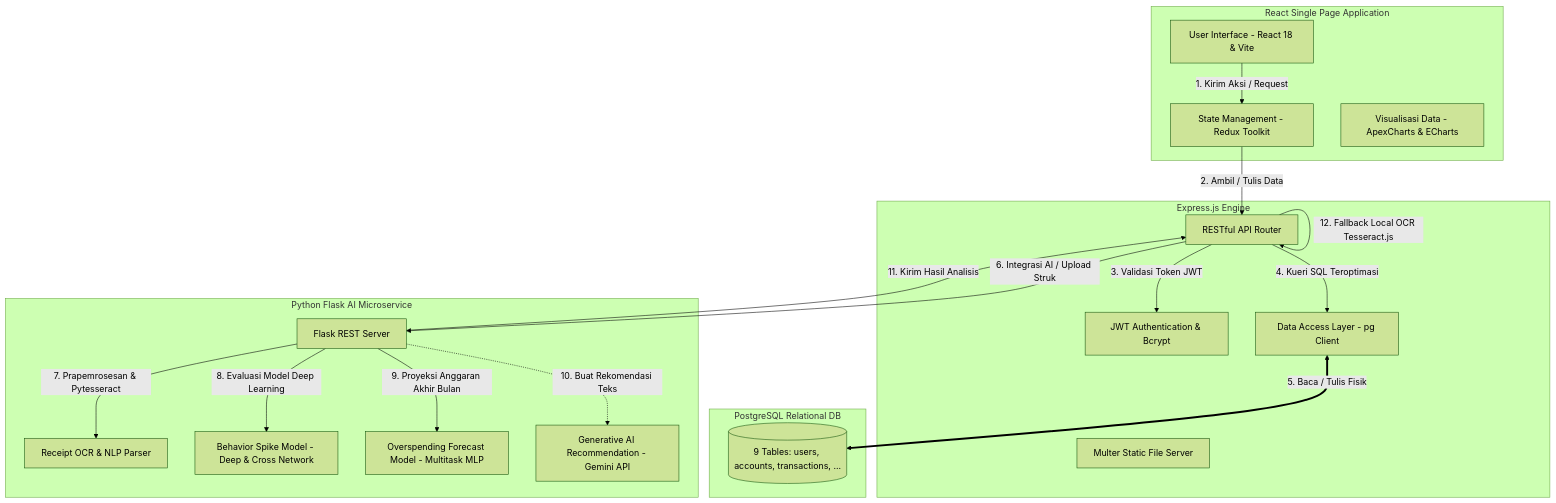
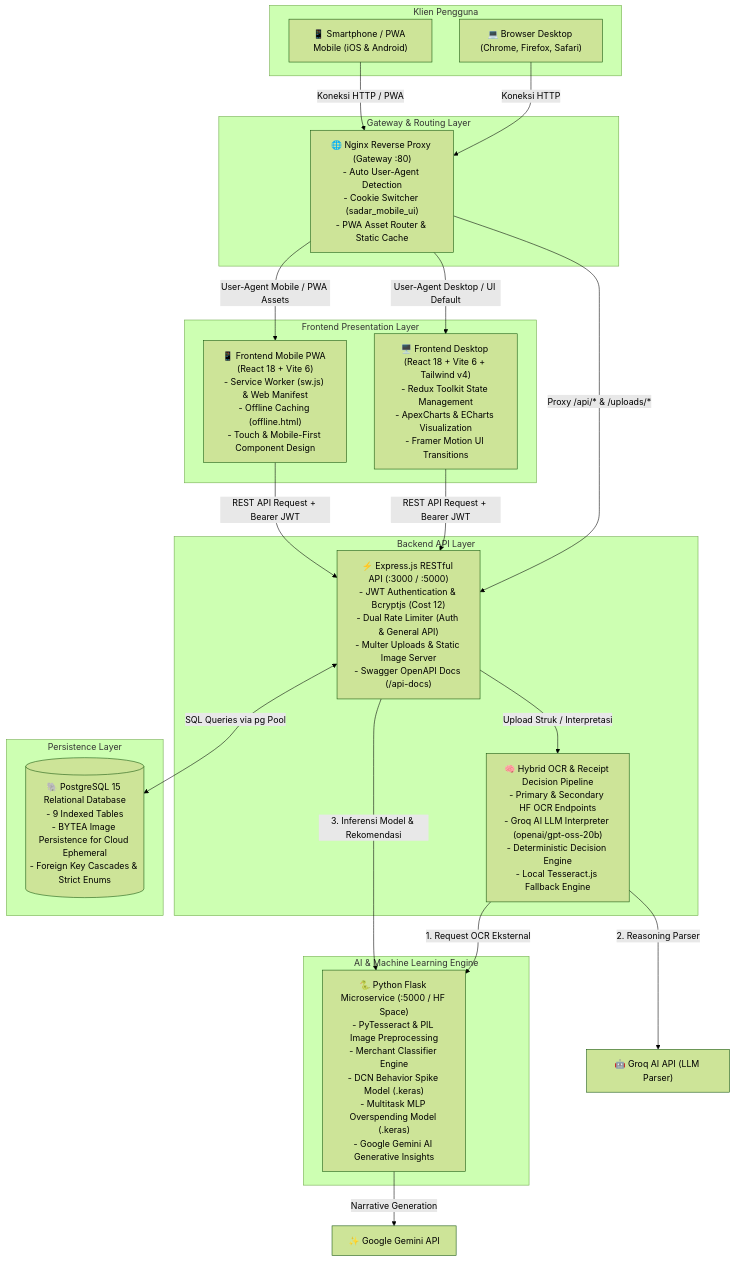
Before and after one commit to Fhazar-Aqyla/sadar-finance: the diagram in README.md, drawn with Mermaid (forest theme). The commit also changed other lines of this file, not shown here.

Commit message:
docs: update README with new architecture diagrams, project branding, and detailed feature breakdowns

````diff
--- a/README.md
+++ b/README.md
@@ -22,45 +44,48 @@
 ```mermaid
 flowchart TD
-    subgraph Frontend [React Single Page Application]
-        UI[User Interface - React 18 & Vite]
-        Store[State Management - Redux Toolkit]
-        Chart[Visualisasi Data - ApexCharts & ECharts]
+    subgraph Clients [Klien Pengguna]
+        DesktopUser["💻 Browser Desktop (Chrome, Firefox, Safari)"]
+        MobileUser["📱 Smartphone / PWA Mobile (iOS & Android)"]
     end
 
-    subgraph Backend [Express.js Engine]
-        API[RESTful API Router]
-        Auth[JWT Authentication & Bcrypt]
-        Uploads[Multer Static File Server]
-        DB_Layer[Data Access Layer - pg Client]
+    subgraph GatewayLayer [Gateway & Routing Layer]
+        Gateway["🌐 Nginx Reverse Proxy (Gateway :80)\n- Auto User-Agent Detection\n- Cookie Switcher (sadar_mobile_ui)\n- PWA Asset Router & Static Cache"]
     end
 
-    subgraph Database [PostgreSQL Relational DB]
-        Tables[(9 Tables: users, accounts, transactions, ...)]
+    subgraph PresentationLayer [Frontend Presentation Layer]
+        DesktopApp["🖥️ Frontend Desktop (React 18 + Vite 6 + Tailwind v4)\n- Redux Toolkit State Management\n- ApexCharts & ECharts Visualization\n- Framer Motion UI Transitions"]
+        MobileApp["📱 Frontend Mobile PWA (React 18 + Vite 6)\n- Service Worker (sw.js) & Web Manifest\n- Offline Caching (offline.html)\n- Touch & Mobile-First Component Design"]
     end
 
-    subgraph AIService [Python Flask AI Microservice]
-        Flask[Flask REST Server]
-        OCR[Receipt OCR & NLP Parser]
-        DCN[Behavior Spike Model - Deep & Cross Network]
-        MLP[Overspending Forecast Model - Multitask MLP]
-        GenAI[Generative AI Recommendation - Gemini API]
+    subgraph BackendLayer [Backend API Layer]
+        ExpressAPI["⚡ Express.js RESTful API (:3000 / :5000)\n- JWT Authentication & Bcryptjs (Cost 12)\n- Dual Rate Limiter (Auth & General API)\n- Multer Uploads & Static Image Server\n- Swagger OpenAPI Docs (/api-docs)"]
+        ReceiptPipeline["🧠 Hybrid OCR & Receipt Decision Pipeline\n- Primary & Secondary HF OCR Endpoints\n- Groq AI LLM Interpreter (openai/gpt-oss-20b)\n- Deterministic Decision Engine\n- Local Tesseract.js Fallback Engine"]
     end
 
-    %% Alur Kerja
-    UI -->|1. Kirim Aksi / Request| Store
-    Store -->|2. Ambil / Tulis Data| API
-    API -->|3. Validasi Token JWT| Auth
-    API -->|4. Kueri SQL Teroptimasi| DB_Layer
-    DB_Layer <==>|5. Baca / Tulis Fisik| Tables
-    
-    %% Alur AI
-    API -->|6. Integrasi AI / Upload Struk| Flask
-    Flask -->|7. Prapemrosesan & Pytesseract| OCR
-    Flask -->|8. Evaluasi Model Deep Learning| DCN
-    Flask -->|9. Proyeksi Anggaran Akhir Bulan| MLP
-    Flask -.->|10. Buat Rekomendasi Teks| GenAI
-    Flask -->|11. Kirim Hasil Analisis| API
-    
-    %% Fallback OCR
-    API -->|12. Fallback Local OCR Tesseract.js| API
+    subgraph DatabaseLayer [Persistence Layer]
+        PostgreSQL[("🐘 PostgreSQL 15 Relational Database\n- 9 Indexed Tables\n- BYTEA Image Persistence for Cloud Ephemeral\n- Foreign Key Cascades & Strict Enums")]
+    end
+
+    subgraph AIServiceLayer [AI & Machine Learning Engine]
+        AIService["🐍 Python Flask Microservice (:5000 / HF Space)\n- PyTesseract & PIL Image Preprocessing\n- Merchant Classifier Engine\n- DCN Behavior Spike Model (.keras)\n- Multitask MLP Overspending Model (.keras)\n- Google Gemini AI Generative Insights"]
+    end
+
+    %% Routing
+    DesktopUser -->|Koneksi HTTP| Gateway
+    MobileUser -->|Koneksi HTTP / PWA| Gateway
+    Gateway -->|User-Agent Desktop / UI Default| DesktopApp
+    Gateway -->|User-Agent Mobile / PWA Assets| MobileApp
+    Gateway -->|Proxy /api/* & /uploads/*| ExpressAPI
+
+    %% Backend Flow
+    DesktopApp -->|REST API Request + Bearer JWT| ExpressAPI
+    MobileApp -->|REST API Request + Bearer JWT| ExpressAPI
+    ExpressAPI <-->|SQL Queries via pg Pool| PostgreSQL
+    ExpressAPI -->|Upload Struk / Interpretasi| ReceiptPipeline
+
+    %% Pipeline Integrations
+    ReceiptPipeline -->|1. Request OCR Eksternal| AIService
+    ReceiptPipeline -->|2. Reasoning Parser| GroqLLM["🤖 Groq AI API (LLM Parser)"]
+    ExpressAPI -->|3. Inferensi Model & Rekomendasi| AIService
+    AIService -->|Narrative Generation| GeminiAPI["✨ Google Gemini API"]
 ```
````
